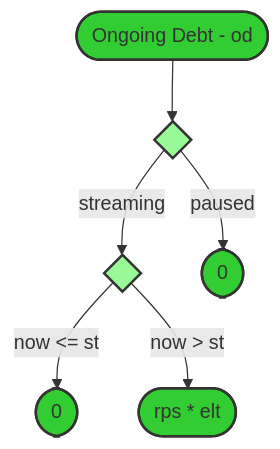
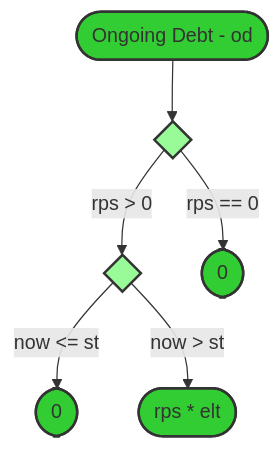
The fifth of 8 diagrams in DIAGRAMS.md (sablier-labs/flow), drawn with Mermaid before and after one commit. The commit also changed other lines of this file and 2 other files, not shown here.

First line of the commit message:
docs(diagrams): update diagrams with voided status   (#274)

````diff
--- a/DIAGRAMS.md
+++ b/DIAGRAMS.md
@@ -175,18 +188,18 @@
 ```mermaid
 flowchart TD
 rca([Ongoing Debt - od]):::green1
 di0{ }:::green0
 di1{ }:::green0
 res_00([0 ]):::green1
 res_01([0 ]):::green1
 res_rca(["rps * elt"]):::green1
 
 rca --> di0
-di0 -- "streaming" --> di1
-di0 -- "paused" --> res_00
+di0 -- "rps > 0" --> di1
+di0 -- "rps == 0" --> res_00
 di1 -- "now <= st" --> res_01
 di1 -- "now > st" --> res_rca
 
 classDef green0 fill:#98FB98,stroke:#333,stroke-width:2px;
 classDef green1 fill:#32cd32,stroke:#333,stroke-width:2px;
 ```
````
